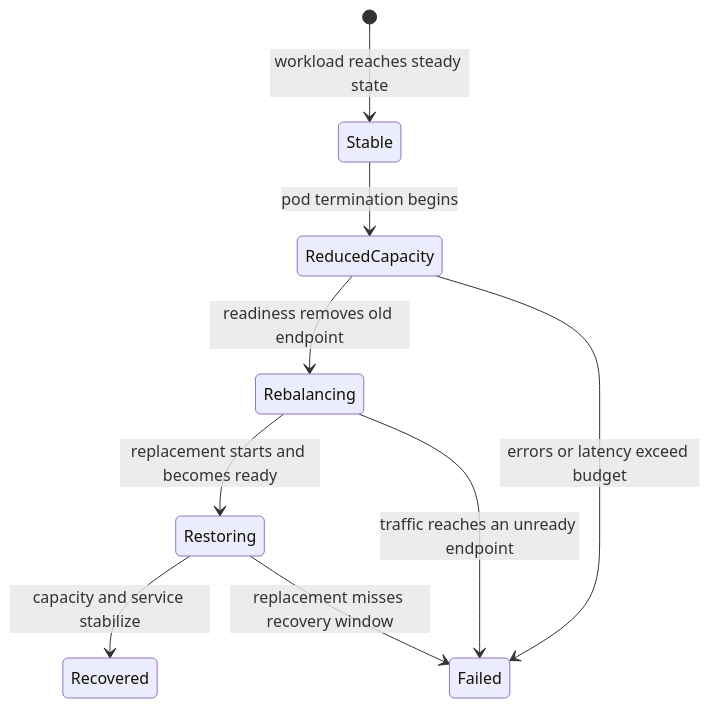
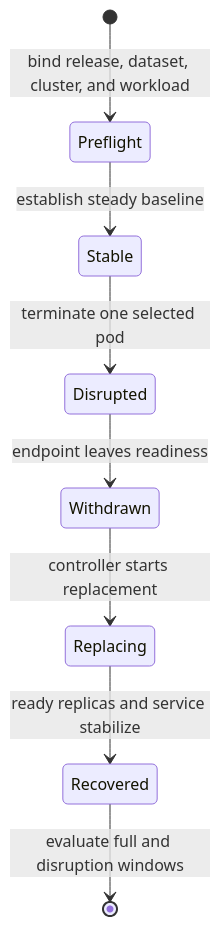
One commit to bijux/bijux-atlas changed the diagram in docs/bijux-atlas-ops/load/pod-churn-resilience.md. Above: the diagram before and after it, drawn with Mermaid. The commit also changed other lines of this file and 2 other files, not shown here.

````diff
--- a/docs/bijux-atlas-ops/load/pod-churn-resilience.md
+++ b/docs/bijux-atlas-ops/load/pod-churn-resilience.md
@@ -19,11 +41,10 @@
 ```mermaid
 stateDiagram-v2
-    [*] --> Stable: workload reaches steady state
-    Stable --> ReducedCapacity: pod termination begins
-    ReducedCapacity --> Rebalancing: readiness removes old endpoint
-    Rebalancing --> Restoring: replacement starts and becomes ready
-    Restoring --> Recovered: capacity and service stabilize
-    ReducedCapacity --> Failed: errors or latency exceed budget
-    Rebalancing --> Failed: traffic reaches an unready endpoint
-    Restoring --> Failed: replacement misses recovery window
+    [*] --> Preflight: bind release, dataset, cluster, and workload
+    Preflight --> Stable: establish steady baseline
+    Stable --> Disrupted: terminate one selected pod
+    Disrupted --> Withdrawn: endpoint leaves readiness
+    Withdrawn --> Replacing: controller starts replacement
+    Replacing --> Recovered: ready replicas and service stabilize
+    Recovered --> [*]: evaluate full and disruption windows
 ```
````
